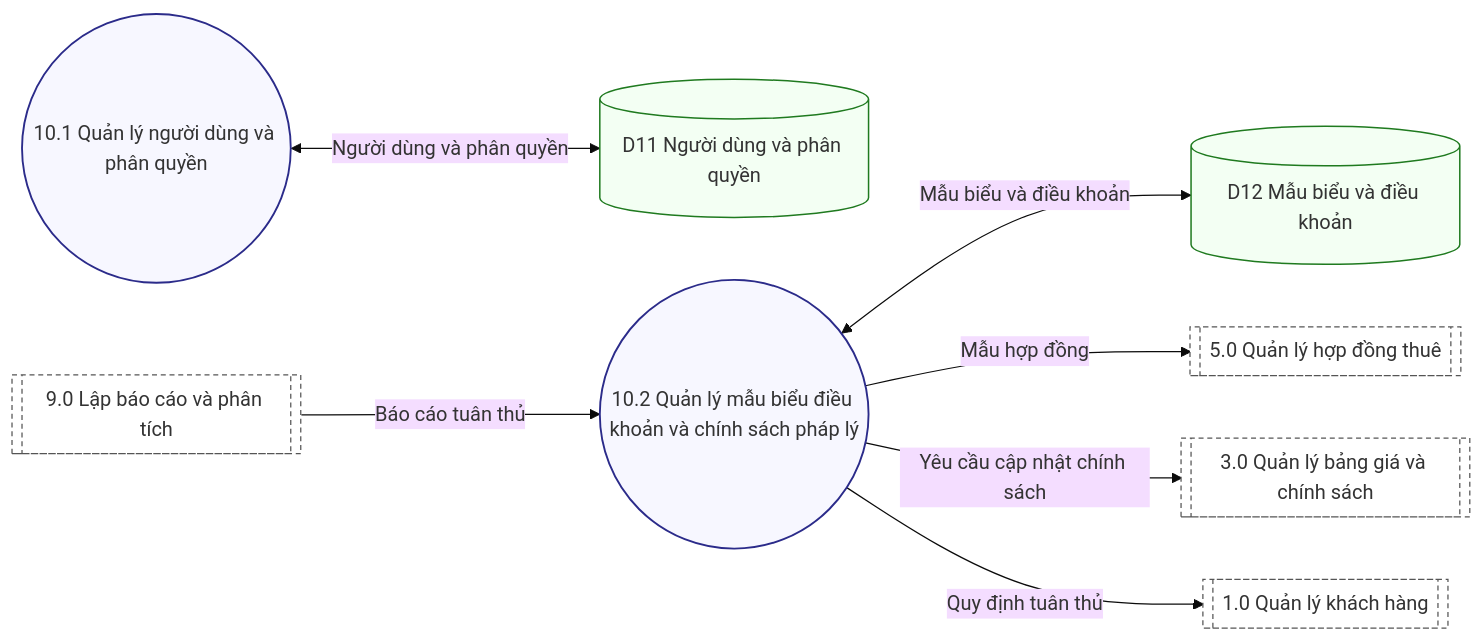
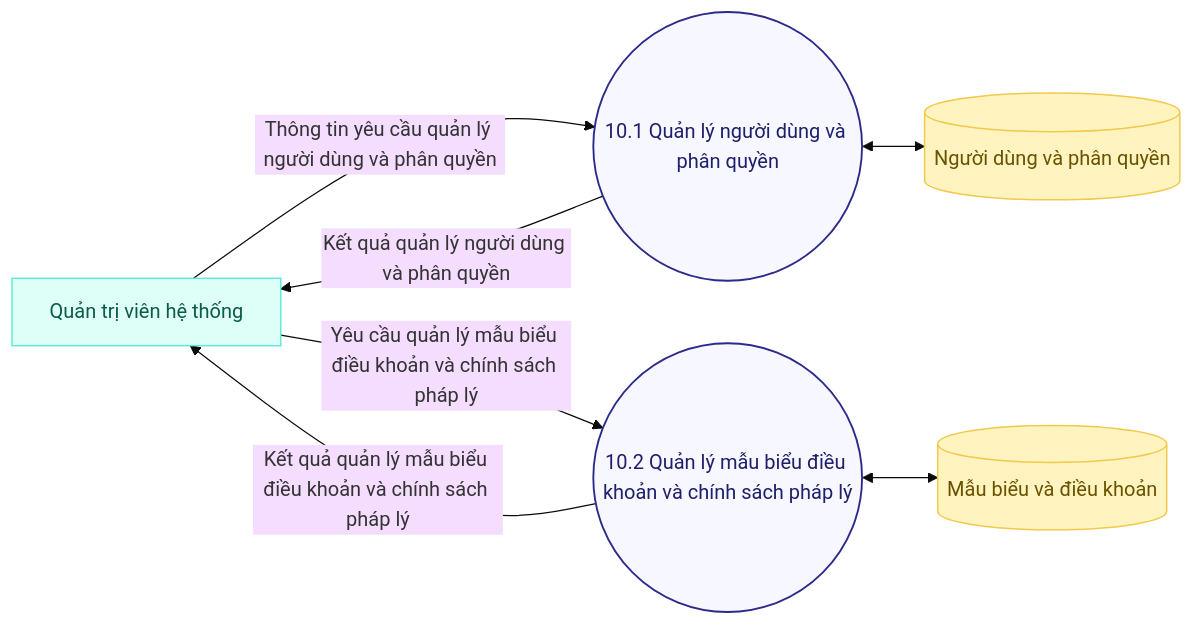
One commit to TriNguyenThanh/UCar changed the diagram in Docs/UML/DFD_10.mmd. Above: the diagram before and after it, drawn with Mermaid (base theme). The commit also changed other lines of this file and 58 other files, not shown here.

```diff
--- a/Docs/UML/DFD_10.mmd
+++ b/Docs/UML/DFD_10.mmd
@@ -1,24 +1,23 @@
 flowchart LR
-  classDef proc fill:#f7f7ff,stroke:#2b2b8a,stroke-width:1.5px;
-  classDef store fill:#f3fff3,stroke:#1f7a1f,stroke-width:1.2px;
-  classDef internal fill:#fff,stroke:#555,stroke-width:1px,stroke-dasharray: 4 3;
+  classDef ext fill:#DEFFF8,stroke:#46EDC8,stroke-width:1px,color:#0b5b4a;
+  classDef proc fill:#f7f7ff,stroke:#2b2b8a,stroke-width:1.5px,color:#1f1f6b;
+  classDef store fill:#FFF3BF,stroke:#F2C94C,stroke-width:1.2px,color:#6b5200;
 
-  P9i[[9.0 Lập báo cáo và phân tích]]:::internal
-  P5i[[5.0 Quản lý hợp đồng thuê]]:::internal
-  P3i[[3.0 Quản lý bảng giá và chính sách]]:::internal
-  P1i[[1.0 Quản lý khách hàng]]:::internal
+  QTV[Quản trị viên hệ thống]:::ext
 
-  D11[(D11 Người dùng và phân quyền)]:::store
-  D12[(D12 Mẫu biểu và điều khoản)]:::store
+
+  D11[(Người dùng và phân quyền)]:::store
+  D12[(Mẫu biểu và điều khoản)]:::store
 
   P101((10.1 Quản lý người dùng và phân quyền)):::proc
   P104((10.2 Quản lý mẫu biểu điều khoản và chính sách pháp lý)):::proc
 
-  P9i -->|Báo cáo tuân thủ| P104
 
-  P101 <--> |Người dùng và phân quyền| D11
-  P104 <--> |Mẫu biểu và điều khoản| D12
+  P101 <--> D11
+  P104 <--> D12
 
-  P104 -->|Mẫu hợp đồng| P5i
-  P104 -->|Yêu cầu cập nhật chính sách| P3i
-  P104 -->|Quy định tuân thủ| P1i
+  QTV -->|Thông tin yêu cầu quản lý người dùng và phân quyền| P101
+  P101 -->|Kết quả quản lý người dùng và phân quyền| QTV
+
+  QTV -->|Yêu cầu quản lý mẫu biểu điều khoản và chính sách pháp lý| P104
+  P104 -->|Kết quả quản lý mẫu biểu điều khoản và chính sách pháp lý| QTV
```
